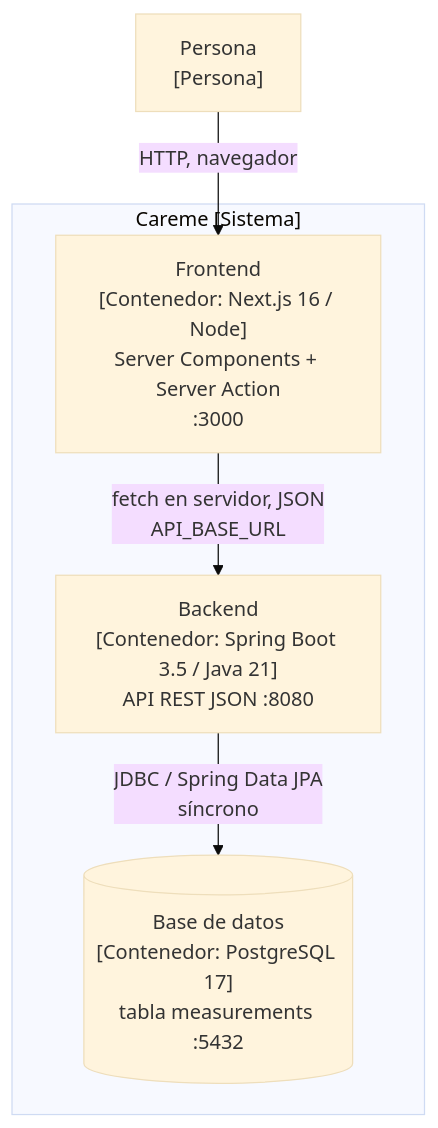
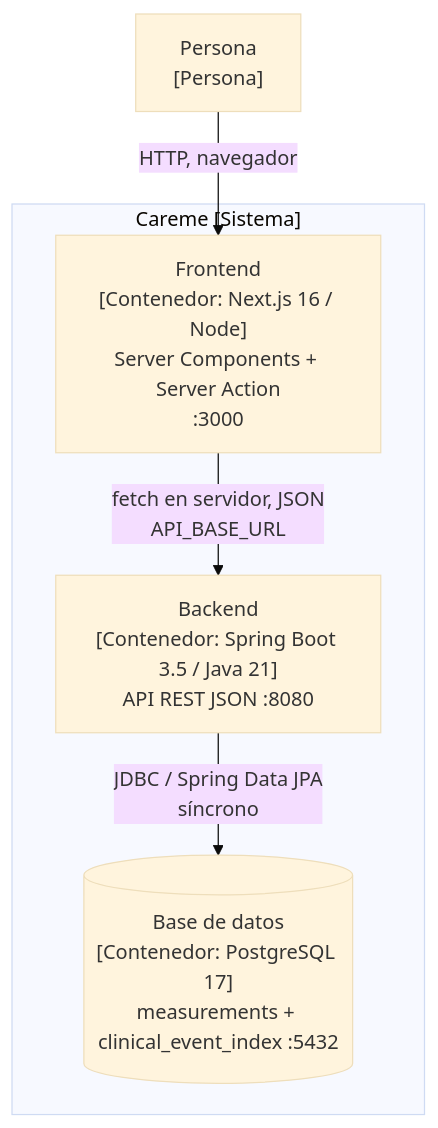
One commit to devmauriciopineda/careme changed the second of 4 diagrams in docs/architecture.md. Above: the diagram before and after it, drawn with Mermaid (base theme). The commit also changed other lines of this file and 6 other files, not shown here.

````diff
--- a/docs/architecture.md
+++ b/docs/architecture.md
@@ -100,12 +115,12 @@
 ```mermaid
 flowchart TB
     persona["Persona<br/>[Persona]"]
     subgraph careme["Careme [Sistema]"]
         fe["Frontend<br/>[Contenedor: Next.js 16 / Node]<br/>Server Components + Server Action<br/>:3000"]
         be["Backend<br/>[Contenedor: Spring Boot 3.5 / Java 21]<br/>API REST JSON :8080"]
-        db[("Base de datos<br/>[Contenedor: PostgreSQL 17]<br/>tabla measurements :5432")]
+        db[("Base de datos<br/>[Contenedor: PostgreSQL 17]<br/>measurements + clinical_event_index :5432")]
     end
     persona -->|"HTTP, navegador"| fe
     fe -->|"fetch en servidor, JSON<br/>API_BASE_URL"| be
     be -->|"JDBC / Spring Data JPA<br/>síncrono"| db
 ```
````
